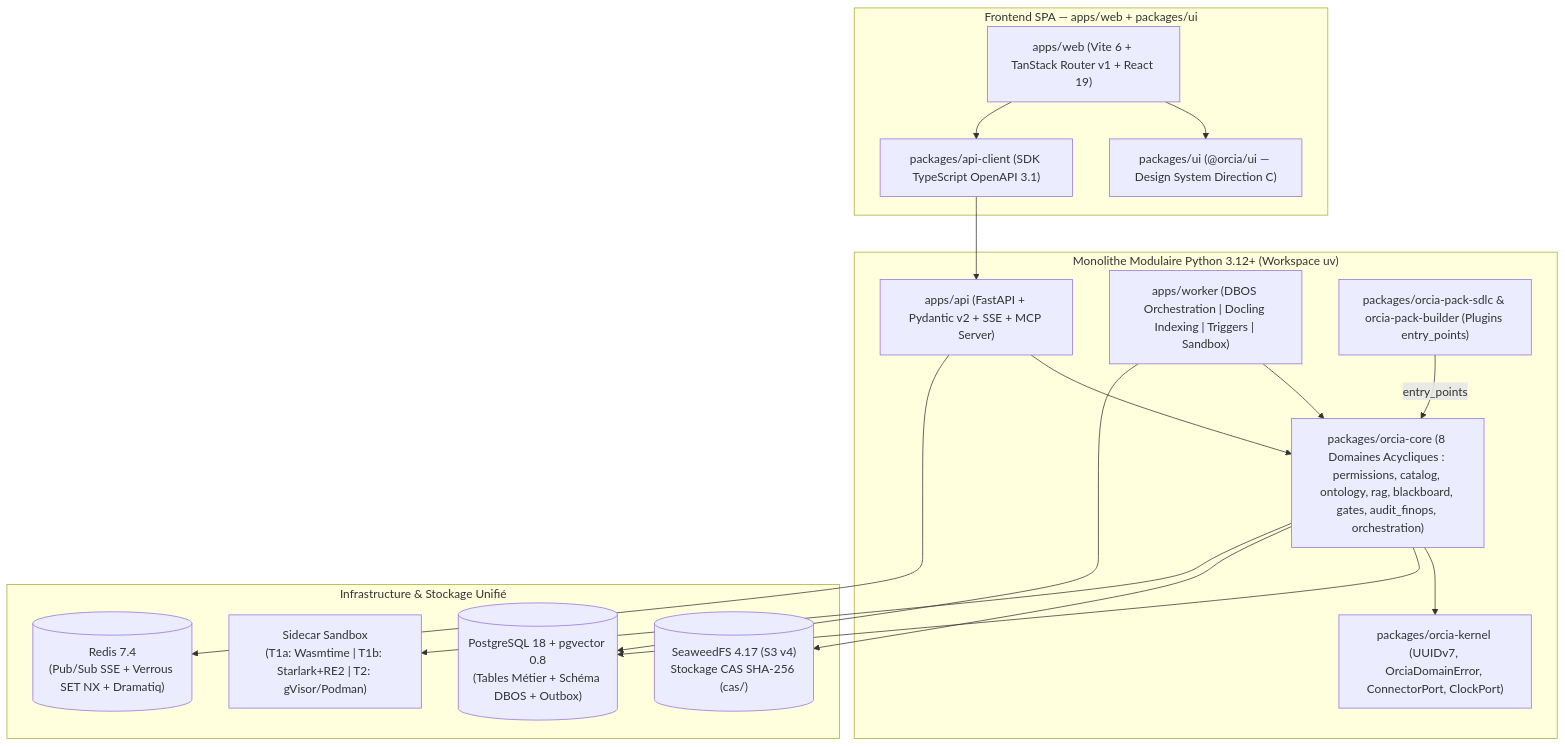
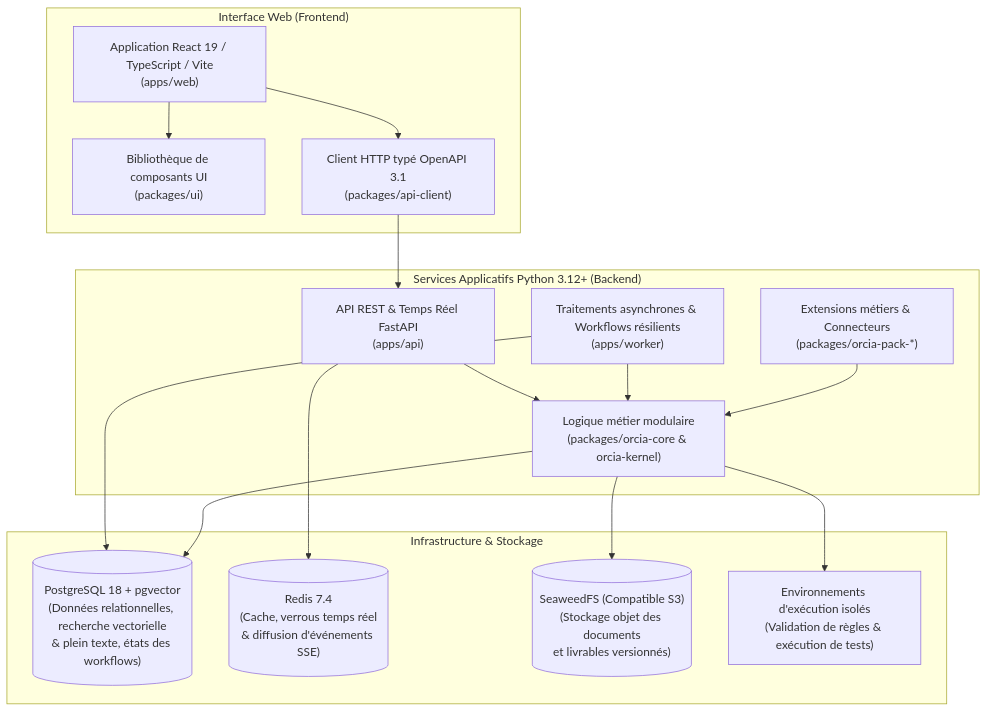
One commit to rom1es/ORCIA changed the diagram in README.md. Above: the diagram before and after it, drawn with Mermaid. The commit also changed other lines of this file and 2 other files, not shown here.

````diff
--- a/README.md
+++ b/README.md
@@ -99,36 +78,34 @@
 ```mermaid
 flowchart TD
-    subgraph Web["Frontend SPA — apps/web + packages/ui"]
-        SPA["apps/web (Vite 6 + TanStack Router v1 + React 19)"]
-        UI["packages/ui (@orcia/ui — Design System Direction C)"]
-        SDK["packages/api-client (SDK TypeScript OpenAPI 3.1)"]
+    subgraph Client["Interface Web (Frontend)"]
+        Web["Application React 19 / TypeScript / Vite\n(apps/web)"]
+        UI["Bibliothèque de composants UI\n(packages/ui)"]
+        SDK["Client HTTP typé OpenAPI 3.1\n(packages/api-client)"]
     end
 
-    subgraph Backend["Monolithe Modulaire Python 3.12+ (Workspace uv)"]
-        API["apps/api (FastAPI + Pydantic v2 + SSE + MCP Server)"]
-        Worker["apps/worker (DBOS Orchestration | Docling Indexing | Triggers | Sandbox)"]
-        Core["packages/orcia-core (8 Domaines Acycliques : permissions, catalog, ontology, rag, blackboard, gates, audit_finops, orchestration)"]
-        Kernel["packages/orcia-kernel (UUIDv7, OrciaDomainError, ConnectorPort, ClockPort)"]
-        Packs["packages/orcia-pack-sdlc & orcia-pack-builder (Plugins entry_points)"]
+    subgraph Serveur["Services Applicatifs Python 3.12+ (Backend)"]
+        API["API REST & Temps Réel FastAPI\n(apps/api)"]
+        Worker["Traitements asynchrones & Workflows résilients\n(apps/worker)"]
+        Core["Logique métier modulaire\n(packages/orcia-core & orcia-kernel)"]
+        Packs["Extensions métiers & Connecteurs\n(packages/orcia-pack-*)"]
     end
 
-    subgraph Infra["Infrastructure & Stockage Unifié"]
-        PG[("PostgreSQL 18 + pgvector 0.8\n(Tables Métier + Schéma DBOS + Outbox)")]
-        Redis[("Redis 7.4\n(Pub/Sub SSE + Verrous SET NX + Dramatiq)")]
-        CAS[("SeaweedFS 4.17 (S3 v4)\nStockage CAS SHA-256 (cas/<sha256>)")]
-        Sandbox["Sidecar Sandbox\n(T1a: Wasmtime | T1b: Starlark+RE2 | T2: gVisor/Podman)"]
+    subgraph Donnees["Infrastructure & Stockage"]
+        PG[("PostgreSQL 18 + pgvector\n(Données relationnelles, recherche vectorielle\n& plein texte, états des workflows)")]
+        Redis[("Redis 7.4\n(Cache, verrous temps réel\n& diffusion d'événements SSE)")]
+        S3[("SeaweedFS (Compatible S3)\n(Stockage objet des documents\net livrables versionnés)")]
+        Sandbox["Environnements d'exécution isolés\n(Validation de règles & exécution de tests)"]
     end
 
-    SPA --> UI
-    SPA --> SDK
+    Web --> UI
+    Web --> SDK
     SDK --> API
     API --> Core
     Worker --> Core
-    Packs -->|entry_points| Core
-    Core --> Kernel
+    Packs --> Core
     API --> Redis
     Worker --> PG
     Core --> PG
-    Core --> CAS
+    Core --> S3
     Core --> Sandbox
 ```
````
